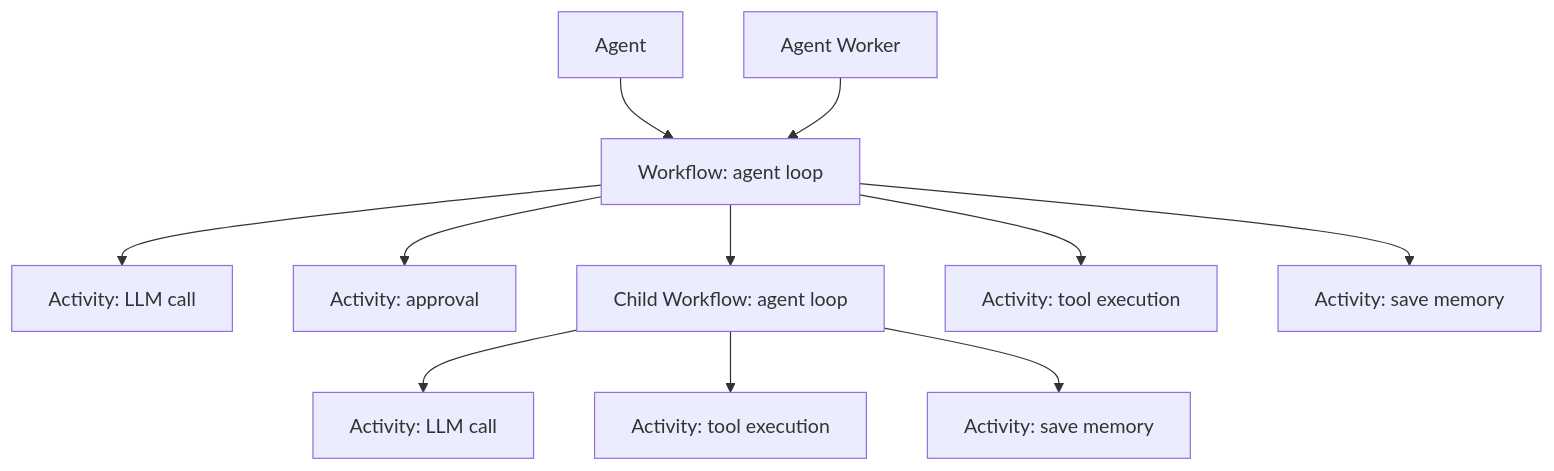
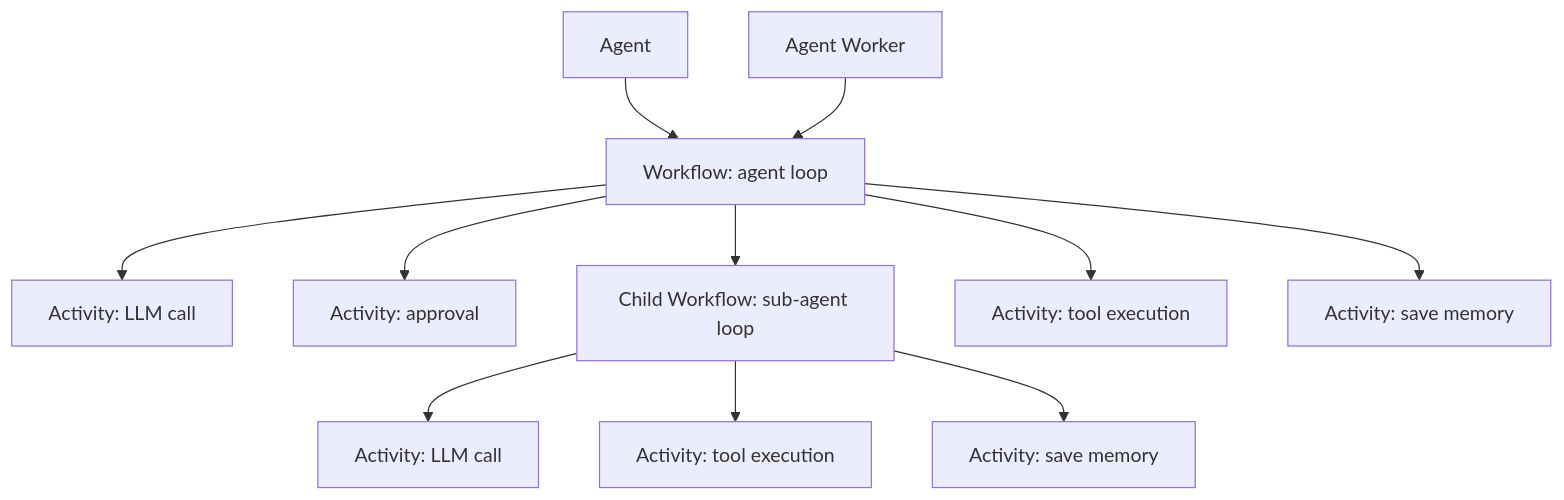
One commit to virinchiv/agent-sdk-go changed the diagram in README.md. Above: the diagram before and after it, drawn with Mermaid.

Commit message:
docs: update in README

````diff
--- a/README.md
+++ b/README.md
@@ -39,13 +39,13 @@
 ```mermaid
 graph TD
     A[Agent] --> WF[Workflow: agent loop]
     W[Agent Worker] --> WF
     WF --> LLM[Activity: LLM call]
     WF --> Appr[Activity: approval]
-    WF --> Child[Child Workflow: agent loop]
+    WF --> Child[Child Workflow: sub-agent loop]
     WF --> Tool[Activity: tool execution]
     WF --> Mem[Activity: save memory]
     Child --> LLM2[Activity: LLM call]
     Child --> Tool2[Activity: tool execution]
     Child --> Mem2[Activity: save memory]
 ```
````
